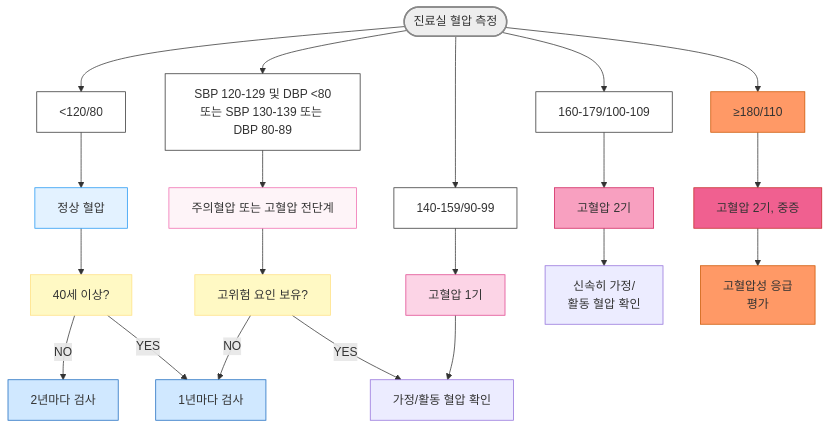
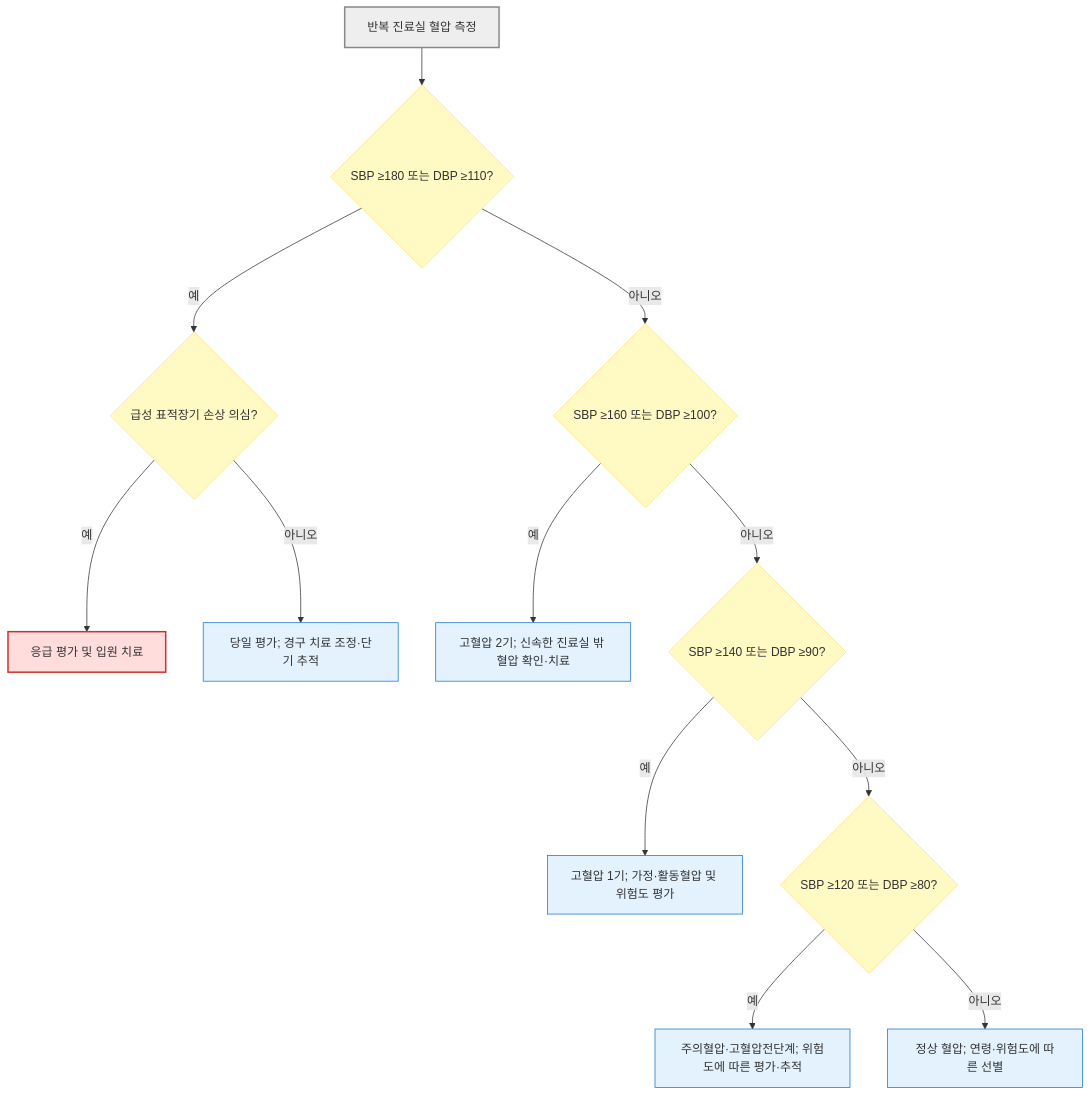
The first of 4 diagrams in 225_/095_-hypertension.md (familyoh77/familyoh77), drawn with Mermaid before and after one commit. The commit also changed other lines of this file and 5 other files, not shown here.

````diff
--- a/225_/095_-hypertension.md
+++ b/225_/095_-hypertension.md
@@ -251,33 +251,21 @@
 ```mermaid
-graph TD
-    A([진료실 혈압 측정])
-    A -->B1["<120/80"]--> C[정상 혈압]
-    A -->B2["SBP 120-129 및 DBP <80<br/>또는 SBP 130-139 또는 DBP 80-89"]--> D[주의혈압 또는 고혈압 전단계]
-    A -->B3[140-159/90-99]--> E[고혈압 1기]
-    A -->B4[160-179/100-109]--> F[고혈압 2기]
-    A -->B5["≥180/110"]--> G[고혈압 2기, 중증]
-style A fill:#eeeeee,stroke:#888888,stroke-width:2px
-classDef white fill:#fff,stroke:#333
-class B1,B2,B3,B4 white
-style C fill:#e3f2ff,stroke:#2196f3
-style D fill:#fef4f8,stroke:#f06baf
-style E fill:#fcd4e6,stroke:#e0448e
-style F fill:#f8a0c0,stroke:#d01f5a
-style G fill:#f06090,stroke:#c62828
-    
-    C --> H[40세 이상?]
-    H -->|NO| I[2년마다 검사]
-    H -->|YES| J[1년마다 검사]
-    D --> K[고위험 요인 보유?]
-    K -->|NO| J
-    K -->|YES| L[가정/활동 혈압 확인]
-    E --> L
-    F --> M[신속히 가정/<br/>활동 혈압 확인]
-    G --> N[고혈압성 응급<br/> 평가]
-classDef yellow fill:#fff9c4,stroke:#ffe082
-class H,K yellow
-classDef blue fill:#d0e8ff,stroke:#1a6abf
-class I,J blue
-classDef peach fill:#ff9966,stroke:#cc5500
-class N,B5 peach
+flowchart TD
+    A["반복 진료실 혈압 측정"] --> B{"SBP ≥180 또는 DBP ≥110?"}
+    B -->|"예"| C{"급성 표적장기 손상 의심?"}
+    C -->|"예"| U["응급 평가 및 입원 치료"]
+    C -->|"아니오"| V["당일 평가; 경구 치료 조정·단기 추적"]
+    B -->|"아니오"| D{"SBP ≥160 또는 DBP ≥100?"}
+    D -->|"예"| E["고혈압 2기; 신속한 진료실 밖 혈압 확인·치료"]
+    D -->|"아니오"| F{"SBP ≥140 또는 DBP ≥90?"}
+    F -->|"예"| G["고혈압 1기; 가정·활동혈압 및 위험도 평가"]
+    F -->|"아니오"| H{"SBP ≥120 또는 DBP ≥80?"}
+    H -->|"예"| I["주의혈압·고혈압전단계; 위험도에 따른 평가·추적"]
+    H -->|"아니오"| J["정상 혈압; 연령·위험도에 따른 선별"]
+    classDef question fill:#fff9c4,stroke:#ffe082
+    classDef treatment fill:#e3f2fd,stroke:#1976d2
+    classDef emergency fill:#ffdddd,stroke:#d32f2f,stroke-width:2px
+    class B,C,D,F,H question
+    class V,E,G,I,J treatment
+    class U emergency
+    style A fill:#eeeeee,stroke:#888888,stroke-width:2px
 ```
````
